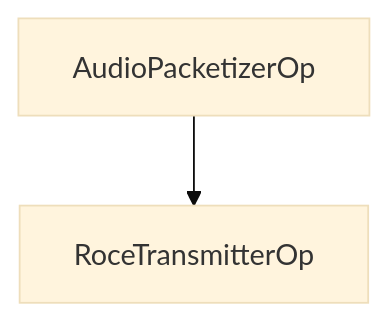
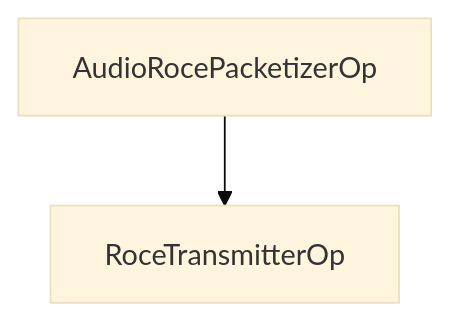
One commit to nvidia-holoscan/holoscan-sensor-bridge changed the ninth of 11 diagrams in docs/user_guide/applications.mdx. Above: the diagram before and after it, drawn with Mermaid. The commit also changed other lines of this file and 1008 other files, not shown here.

````diff
--- a/docs/user_guide/applications.mdx
+++ b/docs/user_guide/applications.mdx
@@ -691,6 +775,6 @@
 ```mermaid
 %%{init: {"theme": "base", "themeVariables": { }} }%%
  
 graph
-    p[AudioPacketizerOp] --> r[RoceTransmitterOp]
+    p[AudioRocePacketizerOp] --> r[RoceTransmitterOp]
 ```
````
